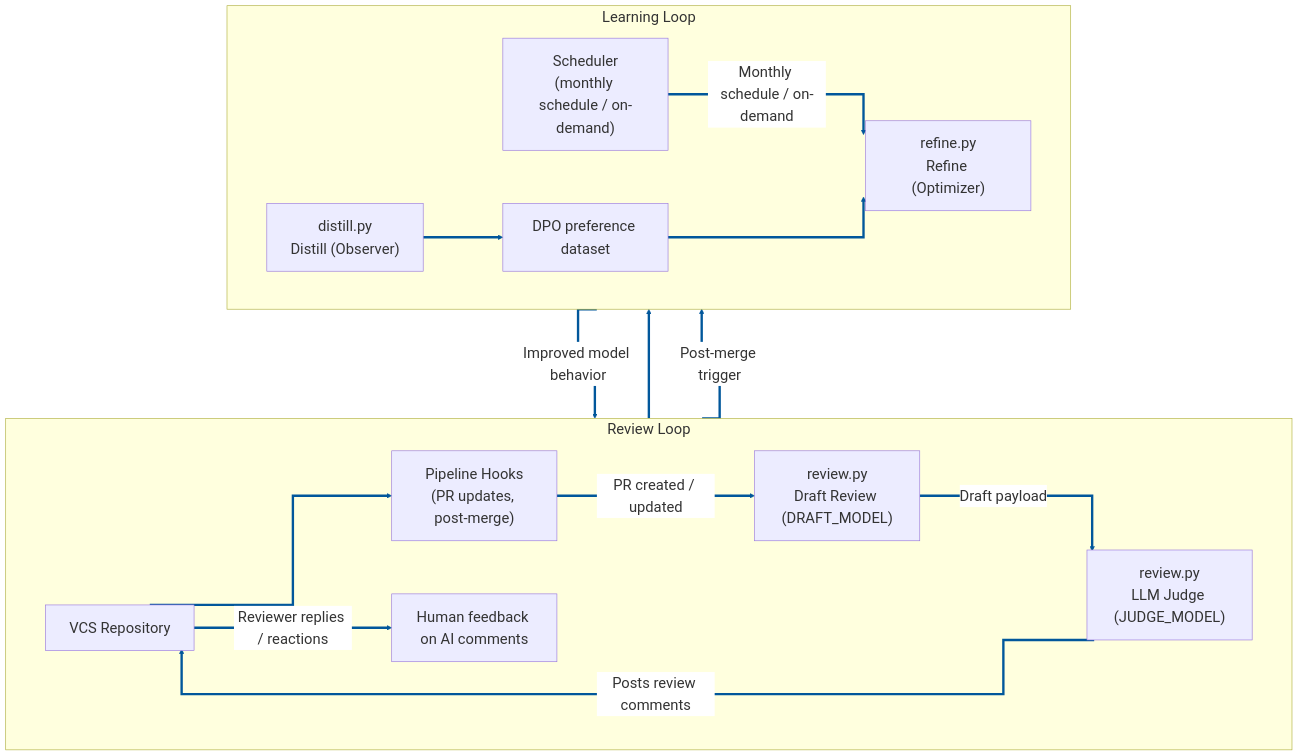
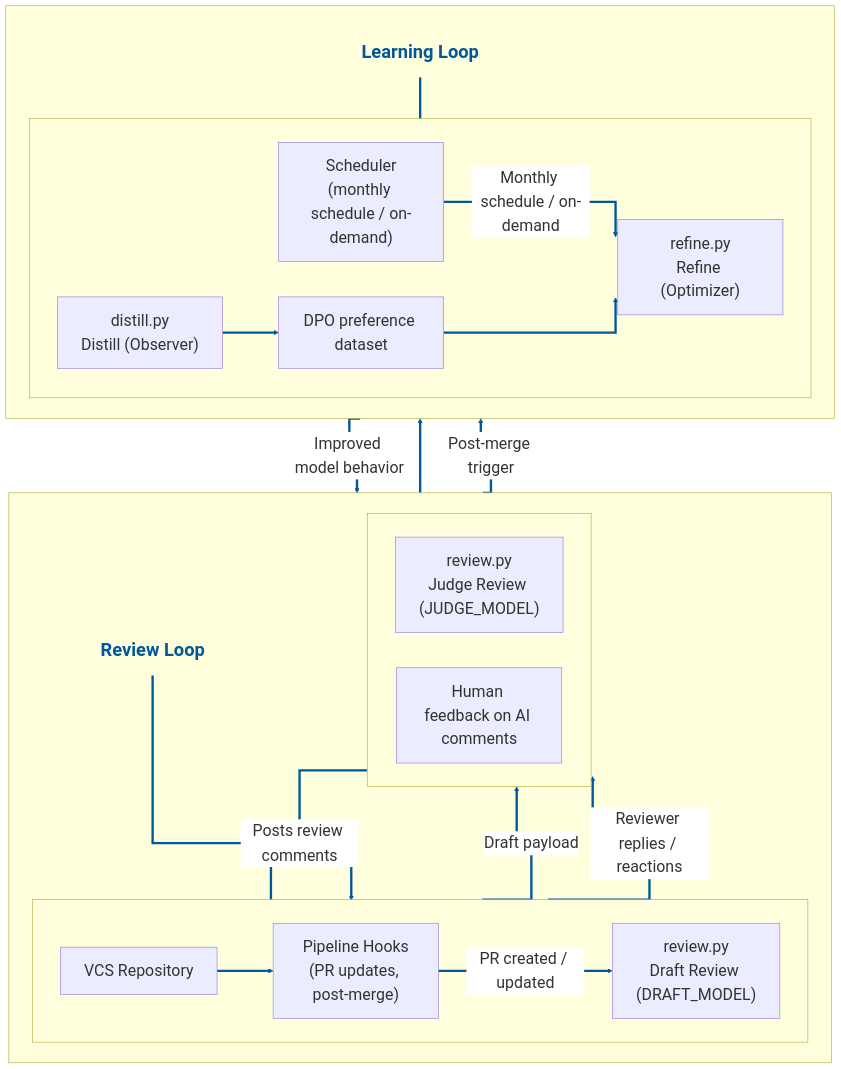
Before and after one commit to aravin-86/reflex-reviewer: the diagram in README.md, drawn with Mermaid. The commit also changed 2 other files, not shown here.

Commit message:
Resized the Architecture Diagram

````diff
--- a/README.md
+++ b/README.md
@@ -50,37 +50,53 @@
 ```mermaid
-%%{init: {'themeVariables': {'fontSize': '25px', 'lineColor': '#01579b', 'edgeLabelBackground': '#ffffff'}, 'flowchart': {'curve': 'stepAfter', 'nodeSpacing': 90, 'rankSpacing': 110, 'padding': 20}} }%%
+%%{init: {'themeVariables': {'fontSize': '27px', 'lineColor': '#01579b', 'edgeLabelBackground': '#ffffff'}, 'flowchart': {'curve': 'stepAfter', 'nodeSpacing': 60, 'rankSpacing': 45, 'padding': 20}} }%%
 flowchart TB
-    classDef largeText fill:#e1f5fe,stroke:#01579b,stroke-width:3px,font-size:25px;
+    classDef largeText fill:#e1f5fe,stroke:#01579b,stroke-width:3px,font-size:27px;
+    classDef loopTitle fill:transparent,stroke:transparent,color:#01579b,font-size:31px,font-weight:bold;
     class repo,pipelineHooks,scheduler,draftReview,judgeReview,feedback,distill,data,refine largeText;
 
-    subgraph reviewLoop["Review Loop"]
-      direction LR
-      repo["VCS Repository"]
-      pipelineHooks["Pipeline Hooks<br/>(PR updates, post-merge)"]
-      draftReview["review.py<br/>Draft Review (DRAFT_MODEL)"]
-      judgeReview["review.py<br/>LLM Judge (JUDGE_MODEL)"]
-      feedback["Human feedback on AI comments"]
+    subgraph reviewLoop[" "]
+      direction TB
+      reviewTitle["Review Loop"]
+      subgraph reviewTop[" "]
+        direction LR
+        repo["VCS Repository"]
+        pipelineHooks["Pipeline Hooks<br/>(PR updates, post-merge)"]
+        draftReview["review.py<br/>Draft Review (DRAFT_MODEL)"]
+      end
+      subgraph reviewBottom[" "]
+        direction LR
+        judgeReview["review.py<br/>Judge Review (JUDGE_MODEL)"]
+        feedback["Human feedback on AI comments"]
+      end
+      reviewTitle ~~~ repo
     end
 
-    subgraph learningLoop["Learning Loop"]
-      direction LR
-      distill["distill.py<br/>Distill (Observer)"]
-      data["DPO preference dataset"]
-      refine["refine.py<br/>Refine (Optimizer)"]
-      scheduler["Scheduler<br/>(monthly schedule / on-demand)"]
+    subgraph learningLoop[" "]
+      direction TB
+      learningTitle["Learning Loop"]
+      subgraph learningRow[" "]
+        direction LR
+        distill["distill.py<br/>Distill (Observer)"]
+        data["DPO preference dataset"]
+        refine["refine.py<br/>Refine (Optimizer)"]
+        scheduler["Scheduler<br/>(monthly schedule / on-demand)"]
+      end
+      learningTitle ~~~ distill
     end
+
+    class reviewTitle,learningTitle loopTitle;
 
     repo --> pipelineHooks
     pipelineHooks -->|PR created / updated| draftReview
     draftReview -->|Draft payload| judgeReview
     judgeReview -->|Posts review comments| repo
     repo -->|Reviewer replies / reactions| feedback
     feedback --> distill
     pipelineHooks -->|Post-merge trigger| distill
     distill --> data
     scheduler -->|Monthly schedule / on-demand| refine
     data --> refine
     refine -->|Improved model behavior| draftReview
 
     linkStyle default stroke:#01579b,stroke-width:4px;
 ```
````
